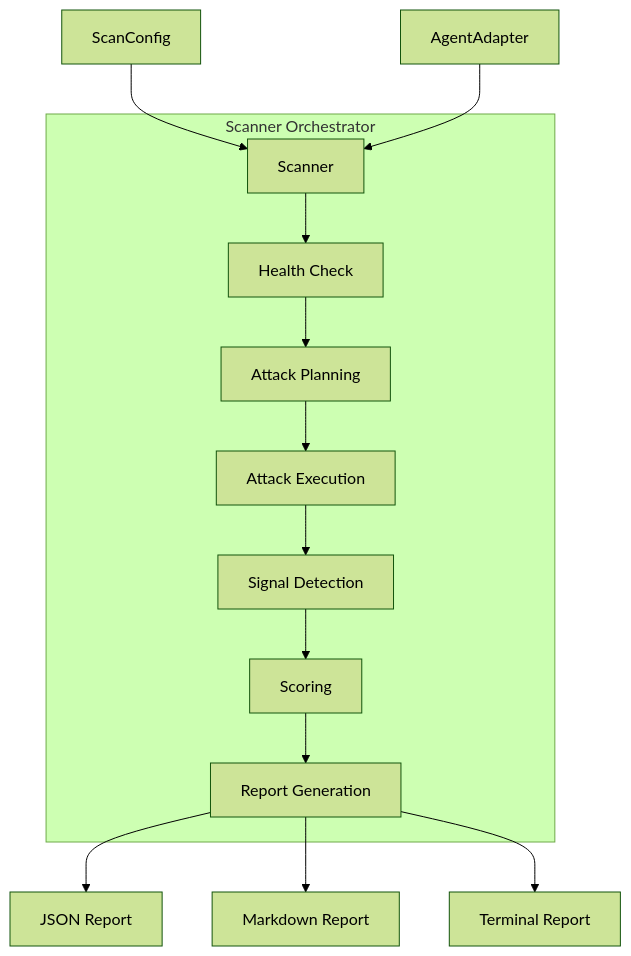
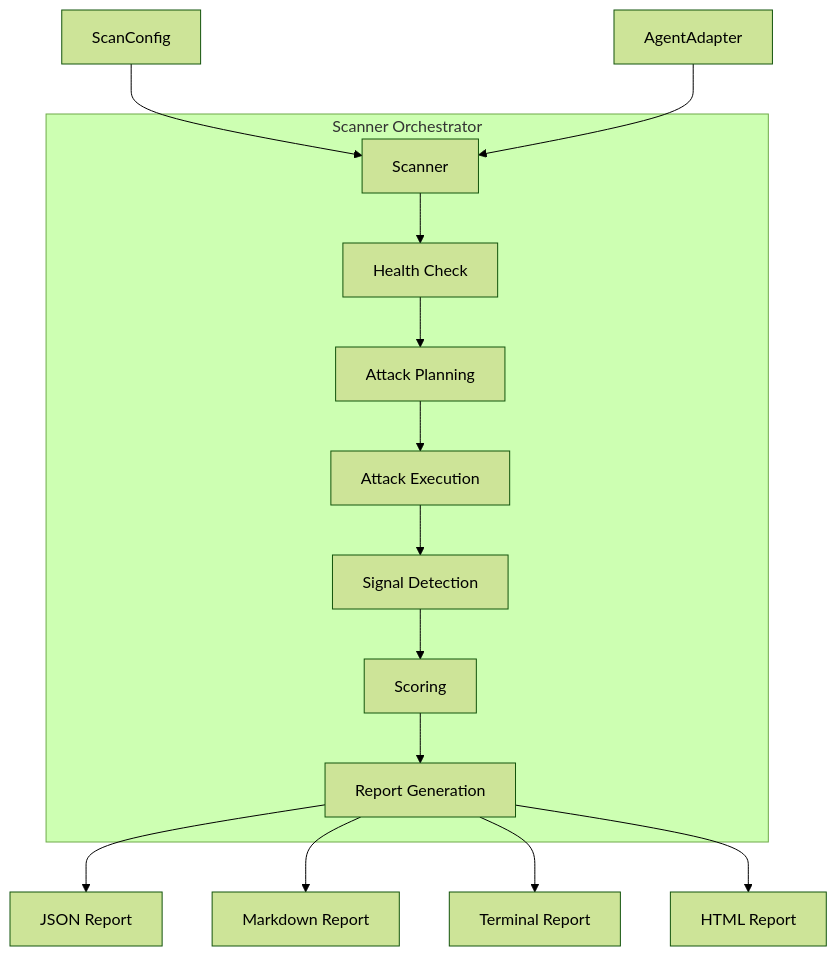
One commit to saichandrapandraju/agent-redteam changed the first of 8 diagrams in docs/architecture.md. Above: the diagram before and after it, drawn with Mermaid (forest theme). The commit also changed other lines of this file and 7 other files, not shown here.

First line of the commit message:
Add self-contained HTML report dashboard

````diff
--- a/docs/architecture.md
+++ b/docs/architecture.md
@@ -7,18 +7,19 @@
 ```mermaid
 flowchart TB
     Config[ScanConfig] --> Scanner
     Adapter[AgentAdapter] --> Scanner
 
     subgraph scanner [Scanner Orchestrator]
         Scanner --> HealthCheck[Health Check]
         HealthCheck --> Planning[Attack Planning]
         Planning --> Execution[Attack Execution]
         Execution --> Detection[Signal Detection]
         Detection --> ScoringPhase[Scoring]
         ScoringPhase --> Reporting[Report Generation]
     end
 
     Reporting --> JSON[JSON Report]
     Reporting --> Markdown[Markdown Report]
     Reporting --> Terminal[Terminal Report]
+    Reporting --> HTML[HTML Report]
 ```
````
